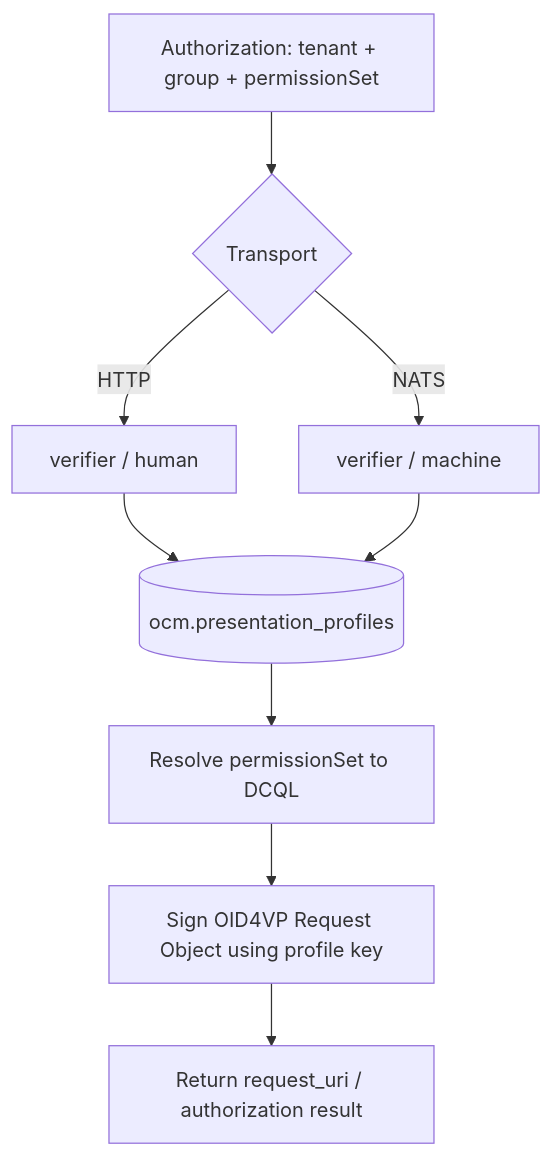
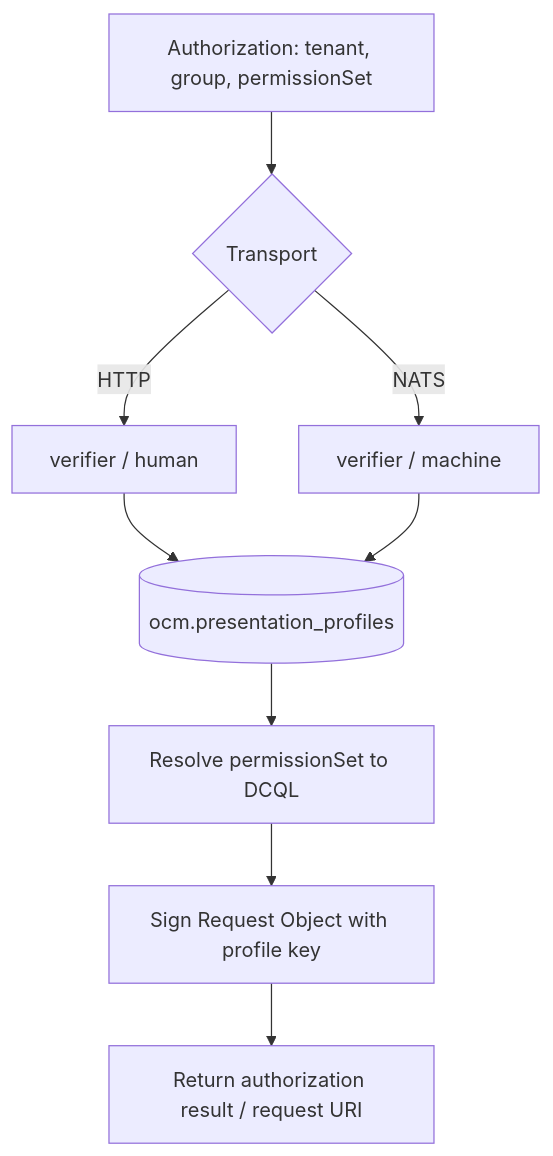
One commit to eclipse-xfsc/oid4-vci-credential-verification-service changed the second of 6 diagrams in README.md. Above: the diagram before and after it, drawn with Mermaid. The commit also changed other lines of this file, not shown here.

````diff
--- a/README.md
+++ b/README.md
@@ -5,11 +62,11 @@
 ```mermaid
 flowchart TD
-  A[Authorization: tenant + group + permissionSet] --> B{Transport}
-  B -->|HTTP| H[verifier / human]
-  B -->|NATS| M[verifier / machine]
-  H --> DB[(ocm.presentation_profiles)]
-  M --> DB
-  DB --> P[Resolve permissionSet to DCQL]
-  P --> S[Sign OID4VP Request Object using profile key]
-  S --> R[Return request_uri / authorization result]
+    A["Authorization: tenant, group, permissionSet"] --> B{"Transport"}
+    B -->|HTTP| H["verifier / human"]
+    B -->|NATS| M["verifier / machine"]
+    H --> DB[("ocm.presentation_profiles")]
+    M --> DB
+    DB --> P["Resolve permissionSet to DCQL"]
+    P --> S["Sign Request Object with profile key"]
+    S --> R["Return authorization result / request URI"]
 ```
````
